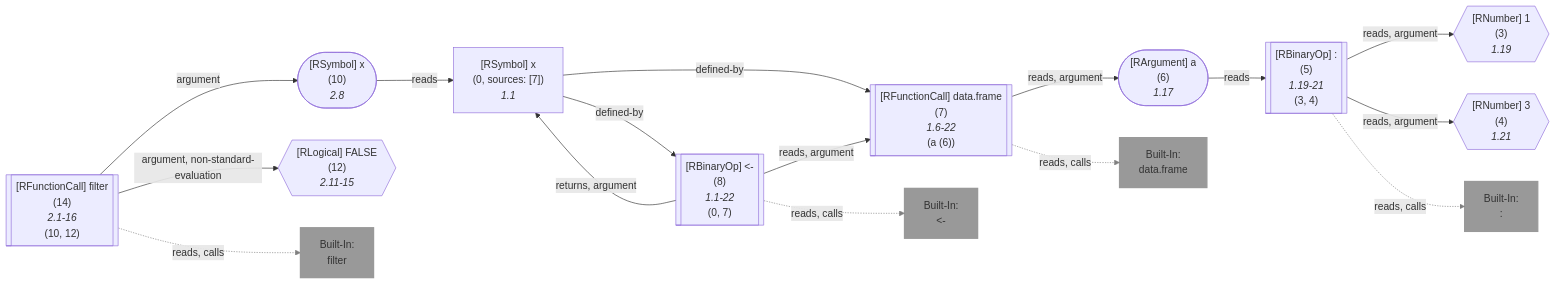
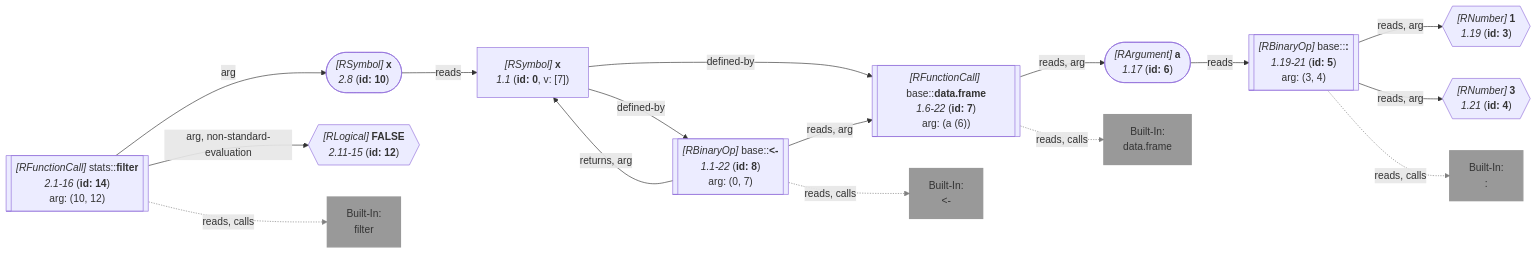
The seventh of 21 diagrams in wiki/Query API.md (flowr-analysis/flowr), drawn with Mermaid before and after one commit. The commit also changed other lines of this file and 228 other files, not shown here.

````diff
--- a/wiki/Query API.md
+++ b/wiki/Query API.md
@@ -3235,71 +3205,61 @@
 ```mermaid
 flowchart LR
-    3{{"`#91;RNumber#93; 1
-      (3)
-      *1.19*`"}}
+    3{{"`*#91;RNumber#93;* **1**
+      *1.19* (**id: 3**)`"}}
    %% No edges found for 3
-    4{{"`#91;RNumber#93; 3
-      (4)
-      *1.21*`"}}
+    4{{"`*#91;RNumber#93;* **3**
+      *1.21* (**id: 4**)`"}}
    %% No edges found for 4
-    5[["`#91;RBinaryOp#93; #58;
-      (5)
-      *1.19-21*
-    (3, 4)`"]]
+    5[["`*#91;RBinaryOp#93;* base#58;#58;**#58;**
+      *1.19-21* (**id: 5**)
+    arg: (3, 4)`"]]
     built-in::["`Built-In:
 #58;`"]
     style built-in:: stroke:gray,fill:gray,stroke-width:2px,opacity:.8;
-    6(["`#91;RArgument#93; a
-      (6)
-      *1.17*`"])
-    7[["`#91;RFunctionCall#93; data.frame
-      (7)
-      *1.6-22*
-    (a (6))`"]]
+    6(["`*#91;RArgument#93;* **a**
+      *1.17* (**id: 6**)`"])
+    7[["`*#91;RFunctionCall#93;* base#58;#58;**data.frame**
+      *1.6-22* (**id: 7**)
+    arg: (a (6))`"]]
     built-in:data_frame["`Built-In:
 data.frame`"]
     style built-in:data_frame stroke:gray,fill:gray,stroke-width:2px,opacity:.8;
-    0["`#91;RSymbol#93; x
-      (0, sources: [7])
-      *1.1*`"]
-    8[["`#91;RBinaryOp#93; #60;#45;
-      (8)
-      *1.1-22*
-    (0, 7)`"]]
+    0["`*#91;RSymbol#93;* **x**
+      *1.1* (**id: 0**, v: [7])`"]
+    8[["`*#91;RBinaryOp#93;* base#58;#58;**#60;#45;**
+      *1.1-22* (**id: 8**)
+    arg: (0, 7)`"]]
     built-in:_-["`Built-In:
 #60;#45;`"]
     style built-in:_- stroke:gray,fill:gray,stroke-width:2px,opacity:.8;
-    10(["`#91;RSymbol#93; x
-      (10)
-      *2.8*`"])
-    12{{"`#91;RLogical#93; FALSE
-      (12)
-      *2.11-15*`"}}
+    10(["`*#91;RSymbol#93;* **x**
+      *2.8* (**id: 10**)`"])
+    12{{"`*#91;RLogical#93;* **FALSE**
+      *2.11-15* (**id: 12**)`"}}
    %% No edges found for 12
-    14[["`#91;RFunctionCall#93; filter
-      (14)
-      *2.1-16*
-    (10, 12)`"]]
+    14[["`*#91;RFunctionCall#93;* stats#58;#58;**filter**
+      *2.1-16* (**id: 14**)
+    arg: (10, 12)`"]]
     built-in:filter["`Built-In:
 filter`"]
     style built-in:filter stroke:gray,fill:gray,stroke-width:2px,opacity:.8;
-    5 -->|"reads, argument"| 3
-    5 -->|"reads, argument"| 4
+    5 -->|"reads, arg"| 3
+    5 -->|"reads, arg"| 4
     5 -.->|"reads, calls"| built-in::
     linkStyle 2 stroke:gray;
     6 -->|"reads"| 5
-    7 -->|"reads, argument"| 6
+    7 -->|"reads, arg"| 6
     7 -.->|"reads, calls"| built-in:data_frame
     linkStyle 5 stroke:gray;
     0 -->|"defined-by"| 7
     0 -->|"defined-by"| 8
-    8 -->|"reads, argument"| 7
-    8 -->|"returns, argument"| 0
+    8 -->|"reads, arg"| 7
+    8 -->|"returns, arg"| 0
     8 -.->|"reads, calls"| built-in:_-
     linkStyle 10 stroke:gray;
     10 -->|"reads"| 0
-    14 -->|"argument"| 10
-    14 -->|"argument, non-standard-evaluation"| 12
+    14 -->|"arg"| 10
+    14 -->|"arg, non-standard-evaluation"| 12
     14 -.->|"reads, calls"| built-in:filter
     linkStyle 14 stroke:gray;
 ```
````
